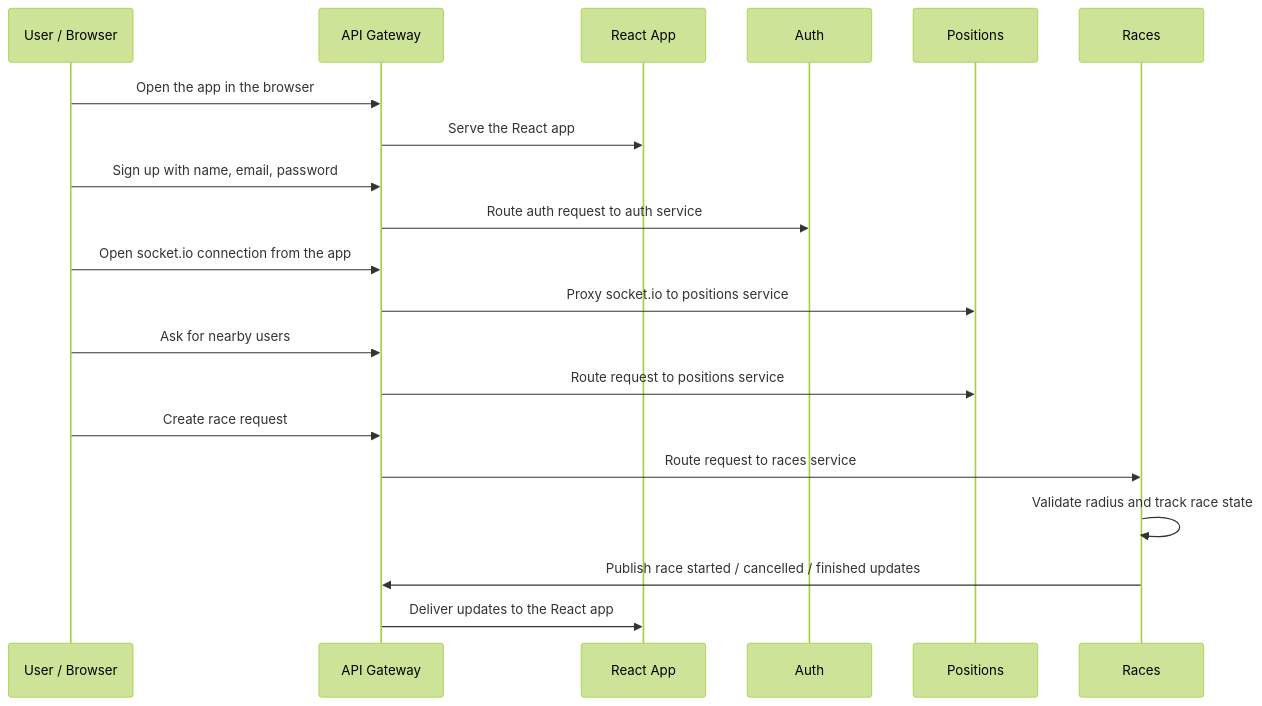
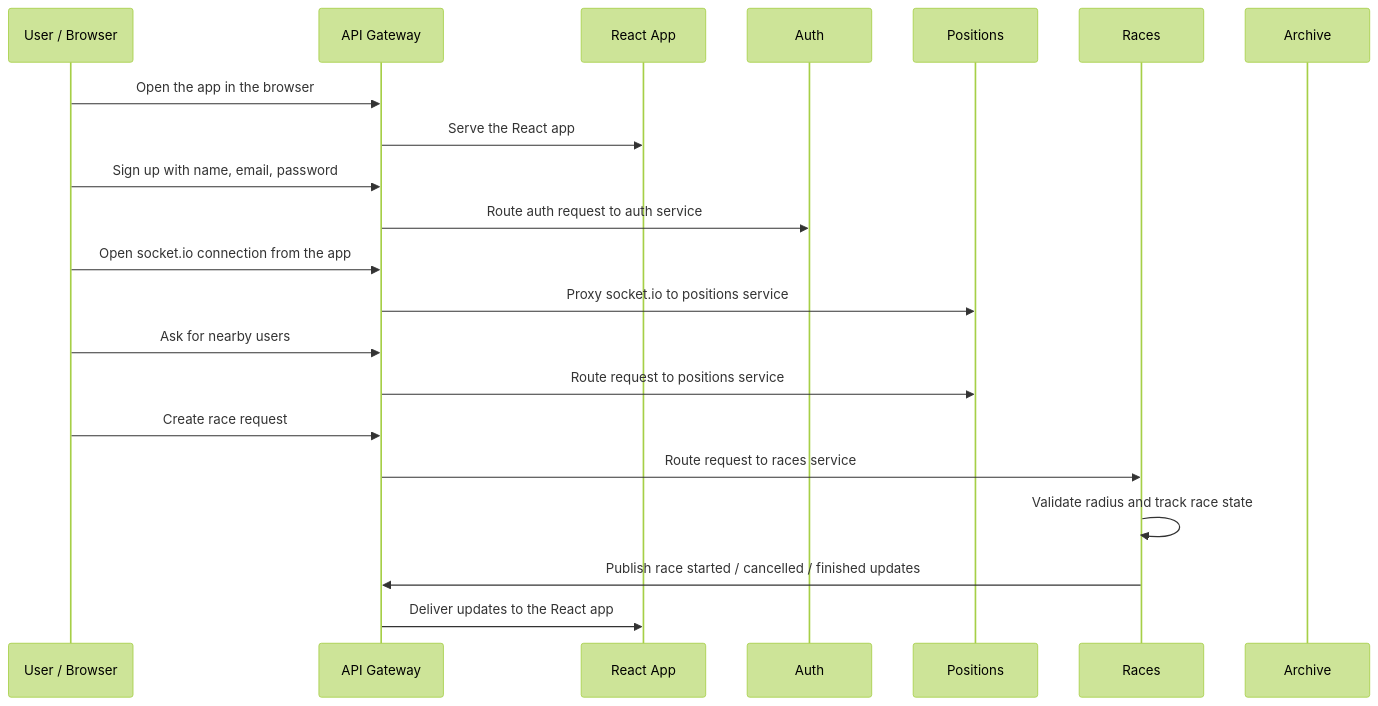
One commit to yojimbo-ah/racer-io changed the third of 4 diagrams in README.md. Above: the diagram before and after it, drawn with Mermaid (forest theme). The commit also changed other lines of this file, not shown here.

````diff
--- a/README.md
+++ b/README.md
@@ -150,23 +160,24 @@
 ```mermaid
 sequenceDiagram
   participant U as User / Browser
   participant G as API Gateway
   participant C as React App
   participant A as Auth
   participant P as Positions
   participant R as Races
+  participant H as Archive
 
   U->>G: Open the app in the browser
   G->>C: Serve the React app
   U->>G: Sign up with name, email, password
   G->>A: Route auth request to auth service
   U->>G: Open socket.io connection from the app
   G->>P: Proxy socket.io to positions service
   U->>G: Ask for nearby users
   G->>P: Route request to positions service
   U->>G: Create race request
   G->>R: Route request to races service
   R->>R: Validate radius and track race state
   R->>G: Publish race started / cancelled / finished updates
   G->>C: Deliver updates to the React app
 ```
````
